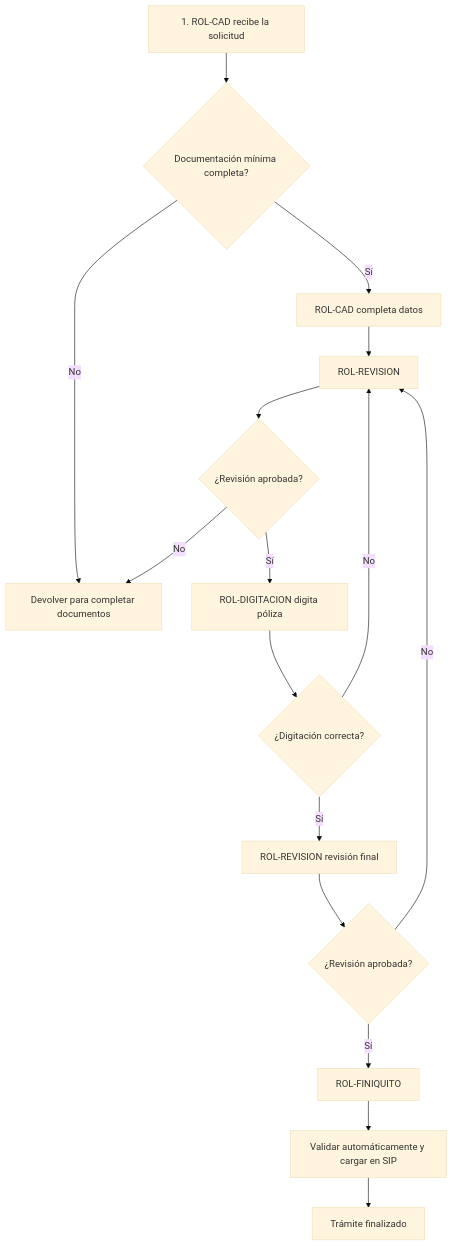
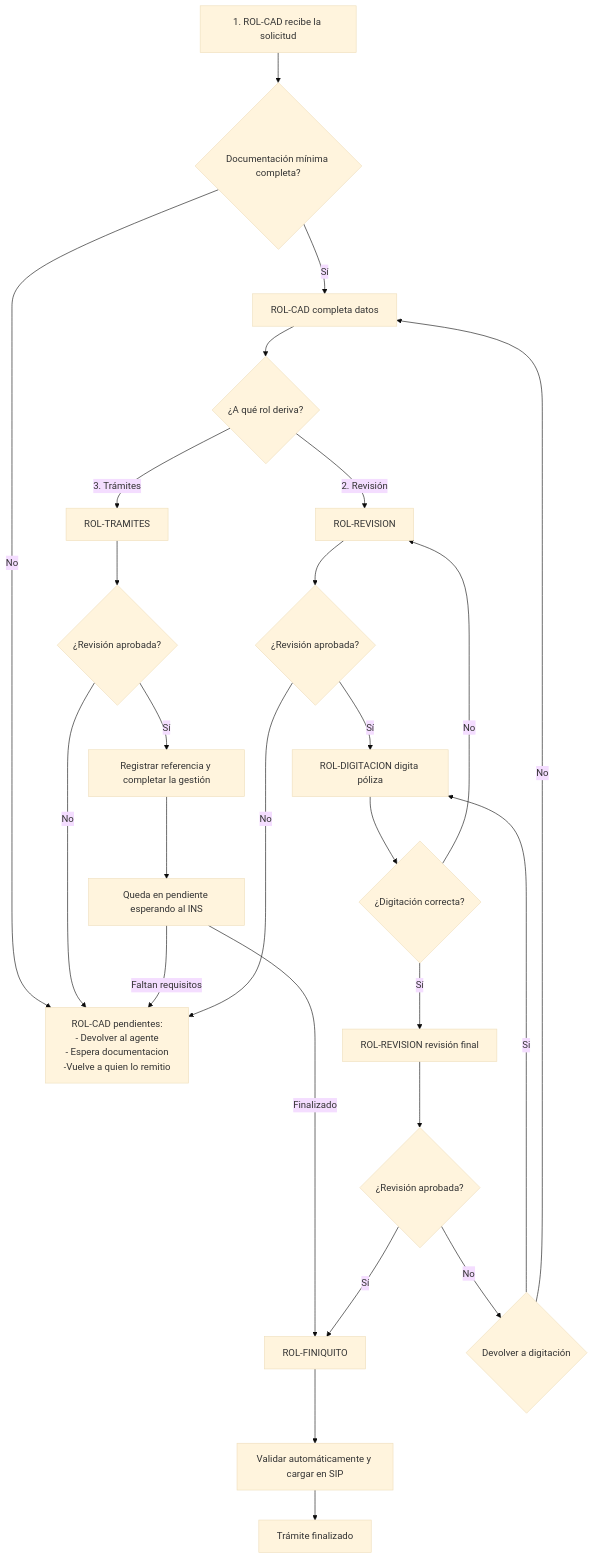
The diagram in docs/tramites/emision-hogar-seguro-2000.md (LuisPignataro/Tramites-Docs), drawn with Mermaid (base theme) before and after one commit. The commit also changed other lines of this file and 3 other files, not shown here.

````diff
--- a/docs/tramites/emision-hogar-seguro-2000.md
+++ b/docs/tramites/emision-hogar-seguro-2000.md
@@ -77,23 +103,42 @@
 ```mermaid
 flowchart TD
   A["1. ROL-CAD recibe la solicitud"] --> B{"Documentación mínima completa?"}
-  B -->|"No"| C["Devolver para completar documentos"]
+  B -->|"No"| C["ROL-CAD pendientes: 
+   - Devolver al agente
+   - Espera documentacion
+   -Vuelve a quien lo remitio
+  "]
   B -->|"Sí"| D["ROL-CAD completa datos"]
 
-  D --> F["ROL-REVISION"]
-    
+  D --> E{"¿A qué rol deriva?"}
+  E -->|"2. Revisión"| F["ROL-REVISION"]
+  E -->|"3. Trámites"| G["ROL-TRAMITES"]
+
+  G --> M{"¿Revisión aprobada?"}
+  M -->|"No"| C
+  M -->|"Sí"| K1
+
+  K1["Registrar referencia y completar la gestión"]
+  K1 --> K2["Queda en pendiente esperando al INS"]
+  K2 -->|"Finalizado"| I["ROL-FINIQUITO"]
+  K2 -->|"Faltan requisitos"| C
+
   F --> J{"¿Revisión aprobada?"}
   J -->|"No"| C
   J -->|"Sí"| H["ROL-DIGITACION digita póliza"]
 
   H --> K{"¿Digitación correcta?"}
   K -->|"No"| F
   K -->|"Sí"| R["ROL-REVISION revisión final"]
   
   R --> S{"¿Revisión aprobada?"}
-  S -->|"No"| F
+  S -->|"No"| P{"Devolver a digitación"}
+  P --> |"Si"| H
+  P -->|"No"| D
   S -->|"Sí"| I["ROL-FINIQUITO"]
 
   I --> N["Validar automáticamente y cargar en SIP"]
   N --> O["Trámite finalizado"]
+
+
 ```
````
